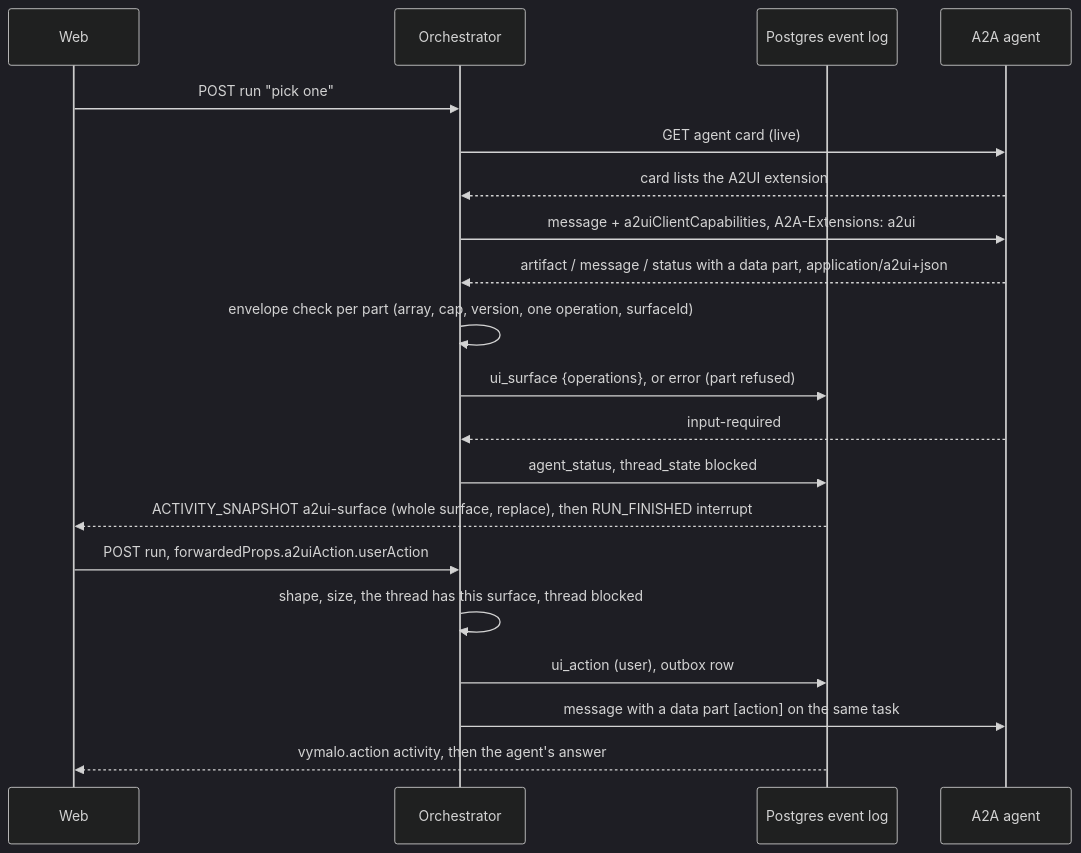
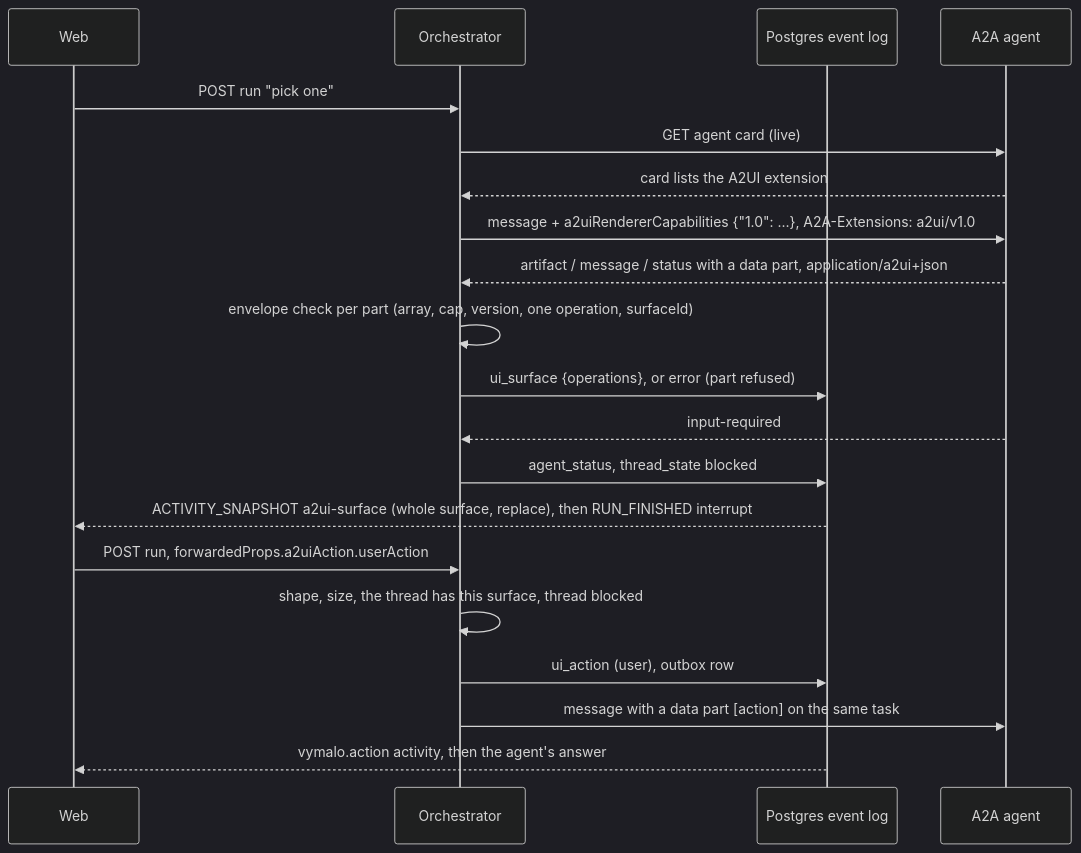
One commit to vymalo/another-agentic-system changed diagram 22 of 23 in docs/api/agui.md. Above: the diagram before and after it, drawn with Mermaid (dark theme). The commit also changed other lines of this file and 94 other files, not shown here.

````diff
--- a/docs/api/agui.md
+++ b/docs/api/agui.md
@@ -1792,22 +1807,22 @@
 ```mermaid
 sequenceDiagram
   participant W as Web
   participant O as Orchestrator
   participant DB as Postgres event log
   participant Ag as A2A agent
   W->>O: POST run "pick one"
   O->>Ag: GET agent card (live)
   Ag-->>O: card lists the A2UI extension
-  O->>Ag: message + a2uiClientCapabilities, A2A-Extensions: a2ui
+  O->>Ag: message + a2uiRendererCapabilities {"1.0": …}, A2A-Extensions: a2ui/v1.0
   Ag-->>O: artifact / message / status with a data part, application/a2ui+json
   O->>O: envelope check per part (array, cap, version, one operation, surfaceId)
   O->>DB: ui_surface {operations}, or error (part refused)
   Ag-->>O: input-required
   O->>DB: agent_status, thread_state blocked
   DB-->>W: ACTIVITY_SNAPSHOT a2ui-surface (whole surface, replace), then RUN_FINISHED interrupt
   W->>O: POST run, forwardedProps.a2uiAction.userAction
   O->>O: shape, size, the thread has this surface, thread blocked
   O->>DB: ui_action (user), outbox row
   O->>Ag: message with a data part [action] on the same task
   DB-->>W: vymalo.action activity, then the agent's answer
 ```
````
